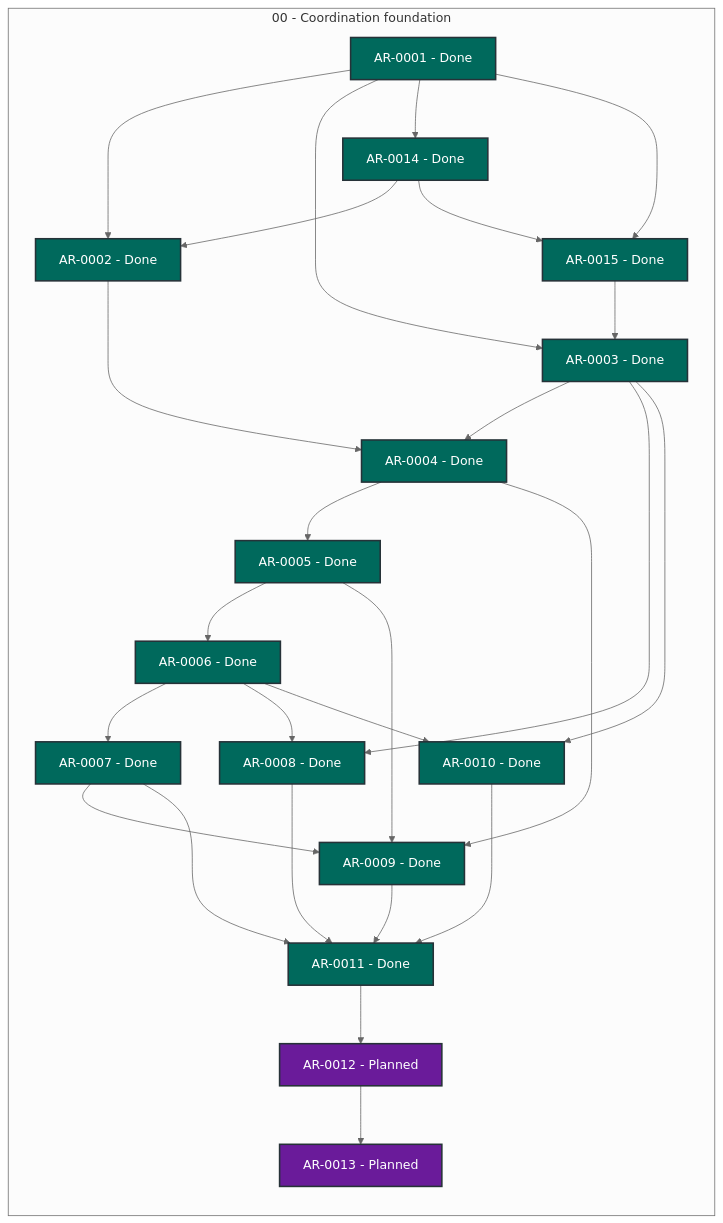
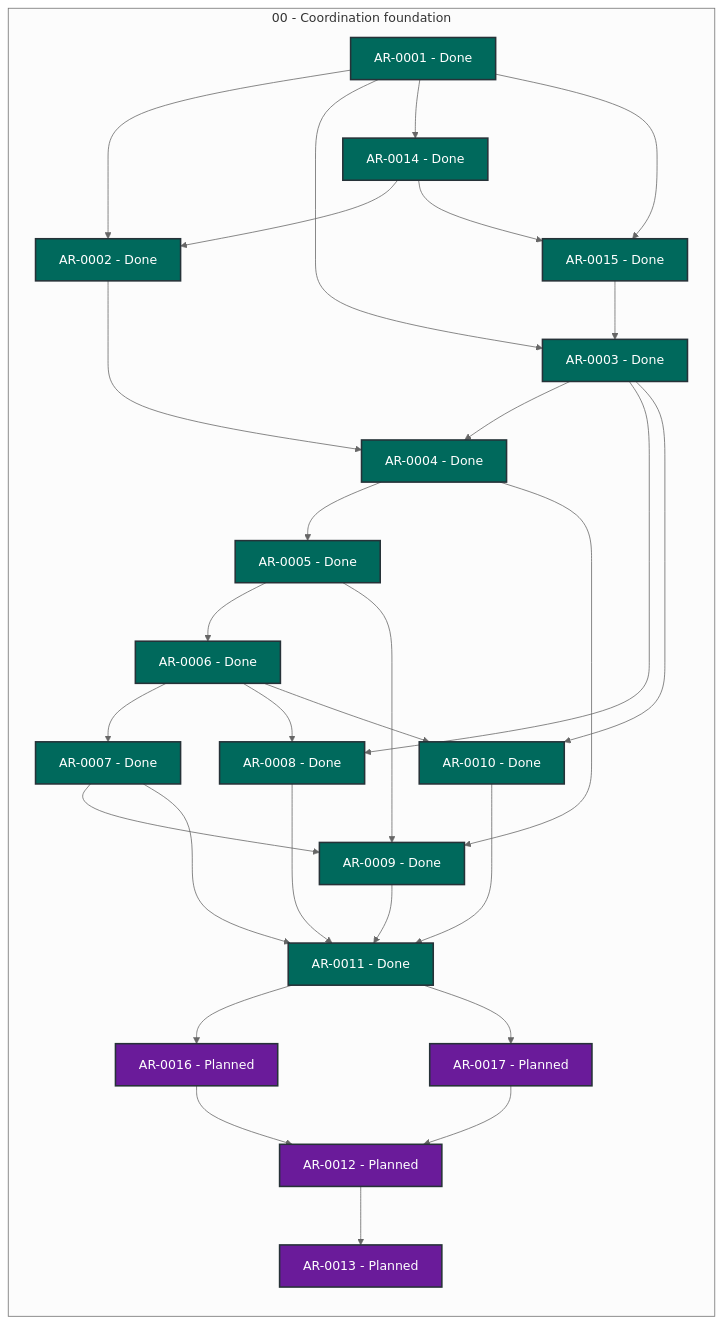
The diagram in STATUS.md (martin-beck/agent-workflow-tui-state), drawn with Mermaid (neutral theme) before and after one commit. The commit also changed other lines of this file and 1 other file, not shown here.

````diff
--- a/STATUS.md
+++ b/STATUS.md
@@ -27,54 +27,59 @@
 ```mermaid
 flowchart LR
     subgraph series_00["00 - Coordination foundation"]
         direction TB
         AR_0001["AR-0001 - Done"]:::status_done
         AR_0002["AR-0002 - Done"]:::status_done
         AR_0003["AR-0003 - Done"]:::status_done
         AR_0004["AR-0004 - Done"]:::status_done
         AR_0005["AR-0005 - Done"]:::status_done
         AR_0006["AR-0006 - Done"]:::status_done
         AR_0007["AR-0007 - Done"]:::status_done
         AR_0008["AR-0008 - Done"]:::status_done
         AR_0009["AR-0009 - Done"]:::status_done
         AR_0010["AR-0010 - Done"]:::status_done
         AR_0011["AR-0011 - Done"]:::status_done
         AR_0012["AR-0012 - Planned"]:::status_planned
         AR_0013["AR-0013 - Planned"]:::status_planned
         AR_0014["AR-0014 - Done"]:::status_done
         AR_0015["AR-0015 - Done"]:::status_done
+        AR_0016["AR-0016 - Planned"]:::status_planned
+        AR_0017["AR-0017 - Planned"]:::status_planned
     end
     AR_0001 --> AR_0002
     AR_0001 --> AR_0003
     AR_0001 --> AR_0014
     AR_0001 --> AR_0015
     AR_0002 --> AR_0004
     AR_0003 --> AR_0004
     AR_0003 --> AR_0008
     AR_0003 --> AR_0010
     AR_0004 --> AR_0005
     AR_0004 --> AR_0009
     AR_0005 --> AR_0006
     AR_0005 --> AR_0009
     AR_0006 --> AR_0007
     AR_0006 --> AR_0008
     AR_0006 --> AR_0010
     AR_0007 --> AR_0009
     AR_0007 --> AR_0011
     AR_0008 --> AR_0011
     AR_0009 --> AR_0011
     AR_0010 --> AR_0011
-    AR_0011 --> AR_0012
+    AR_0011 --> AR_0016
+    AR_0011 --> AR_0017
     AR_0012 --> AR_0013
     AR_0014 --> AR_0002
     AR_0014 --> AR_0015
     AR_0015 --> AR_0003
+    AR_0016 --> AR_0012
+    AR_0017 --> AR_0012
     classDef status_in_progress fill:#1565c0,color:#ffffff,stroke:#263238,stroke-width:2px
     classDef status_open fill:#2e7d32,color:#ffffff,stroke:#263238,stroke-width:2px
     classDef status_blocked fill:#c62828,color:#ffffff,stroke:#263238,stroke-width:2px
     classDef status_planned fill:#6a1b9a,color:#ffffff,stroke:#263238,stroke-width:2px
     classDef status_future fill:#455a64,color:#ffffff,stroke:#263238,stroke-width:2px
     classDef status_done fill:#00695c,color:#ffffff,stroke:#263238,stroke-width:2px
     classDef status_cancelled fill:#616161,color:#ffffff,stroke:#263238,stroke-width:2px
     classDef status_superseded fill:#5d4037,color:#ffffff,stroke:#263238,stroke-width:2px
 ```
````
